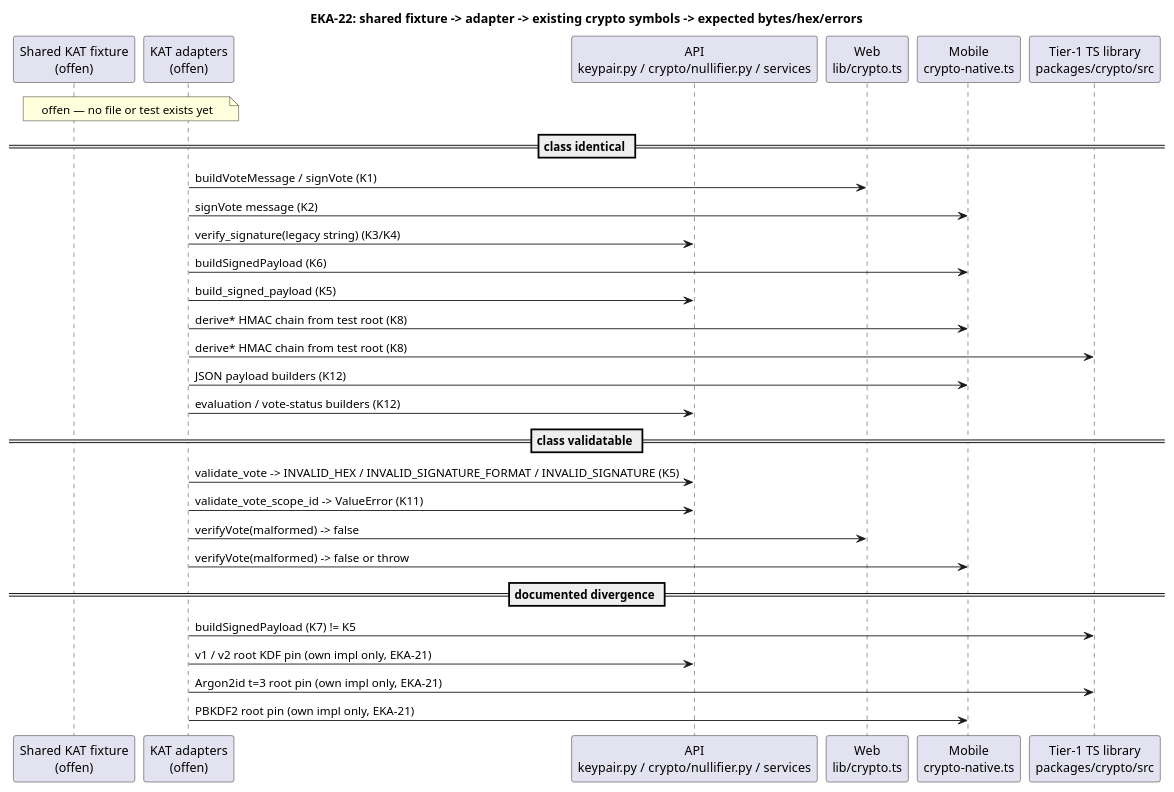
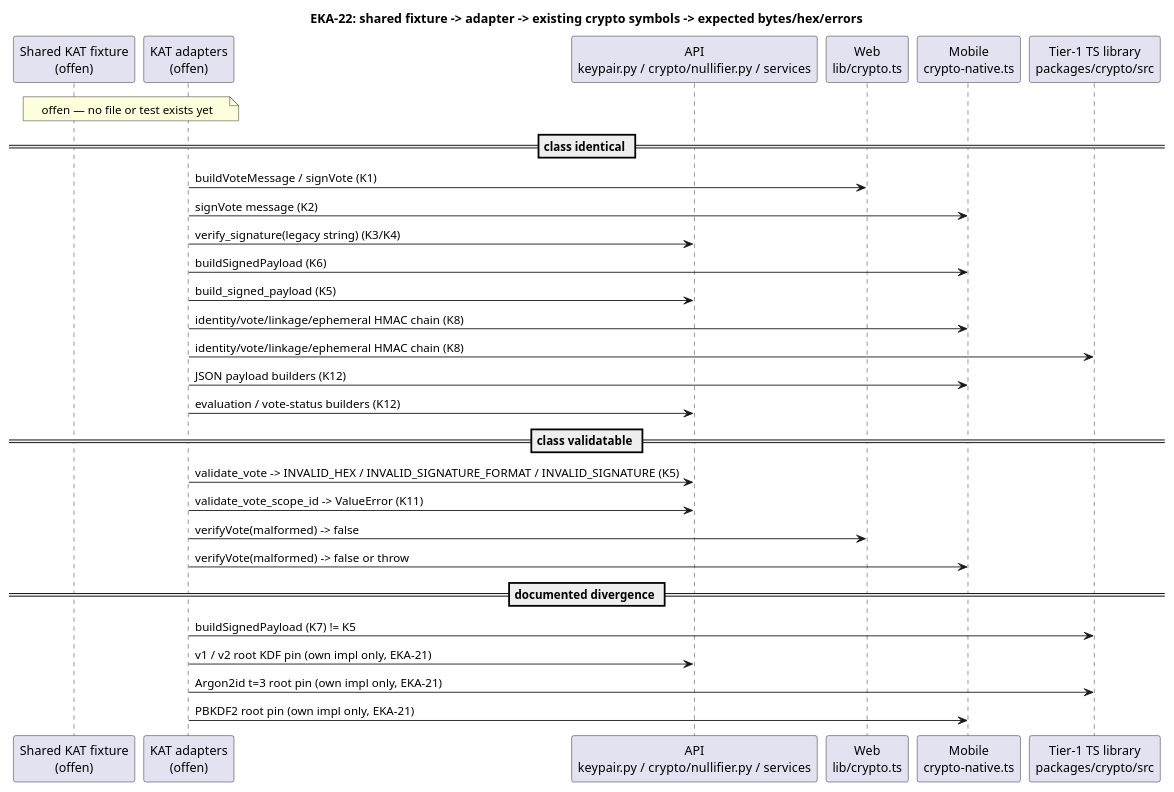
Before and after one commit to NeaBouli/pnyx: the second of 2 diagrams in docs/architecture/main-path.puml, drawn with PlantUML. The commit also changed 3 other files, not shown here.

Commit message:
docs(architecture): narrow EKA-22 shared HMAC hop

```diff
--- a/docs/architecture/main-path.puml
+++ b/docs/architecture/main-path.puml
@@ -39,36 +39,36 @@
 @startuml
 ' EKA-22 KAT path — built symbols at base 4cc1193; fixture and adapters are offen (not simulated as built)
 title EKA-22: shared fixture -> adapter -> existing crypto symbols -> expected bytes/hex/errors
 
 participant "Shared KAT fixture\n(offen)" as FIX
 participant "KAT adapters\n(offen)" as ADP
 participant "API\nkeypair.py / crypto/nullifier.py / services" as API
 participant "Web\nlib/crypto.ts" as WEB
 participant "Mobile\ncrypto-native.ts" as MOB
 participant "Tier-1 TS library\npackages/crypto/src" as T1
 
 note over FIX, ADP : offen — no file or test exists yet
 
 == class identical ==
 ADP -> WEB : buildVoteMessage / signVote (K1)
 ADP -> MOB : signVote message (K2)
 ADP -> API : verify_signature(legacy string) (K3/K4)
 ADP -> MOB : buildSignedPayload (K6)
 ADP -> API : build_signed_payload (K5)
-ADP -> MOB : derive* HMAC chain from test root (K8)
-ADP -> T1 : derive* HMAC chain from test root (K8)
+ADP -> MOB : identity/vote/linkage/ephemeral HMAC chain (K8)
+ADP -> T1 : identity/vote/linkage/ephemeral HMAC chain (K8)
 ADP -> MOB : JSON payload builders (K12)
 ADP -> API : evaluation / vote-status builders (K12)
 
 == class validatable ==
 ADP -> API : validate_vote -> INVALID_HEX / INVALID_SIGNATURE_FORMAT / INVALID_SIGNATURE (K5)
 ADP -> API : validate_vote_scope_id -> ValueError (K11)
 ADP -> WEB : verifyVote(malformed) -> false
 ADP -> MOB : verifyVote(malformed) -> false or throw
 
 == documented divergence ==
 ADP -> T1 : buildSignedPayload (K7) != K5
 ADP -> API : v1 / v2 root KDF pin (own impl only, EKA-21)
 ADP -> T1 : Argon2id t=3 root pin (own impl only, EKA-21)
 ADP -> MOB : PBKDF2 root pin (own impl only, EKA-21)
 @enduml
```
